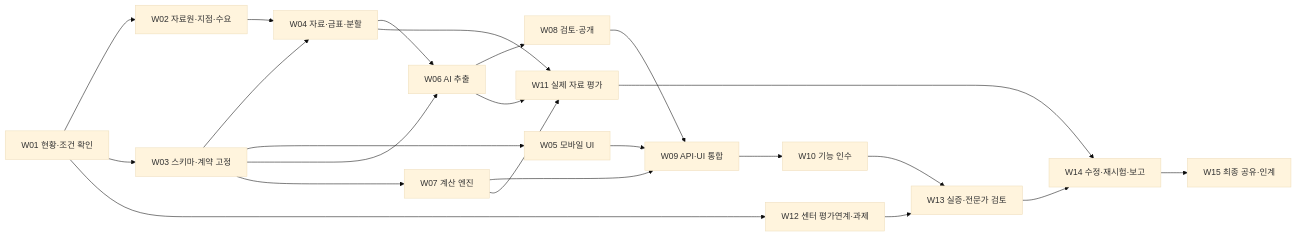
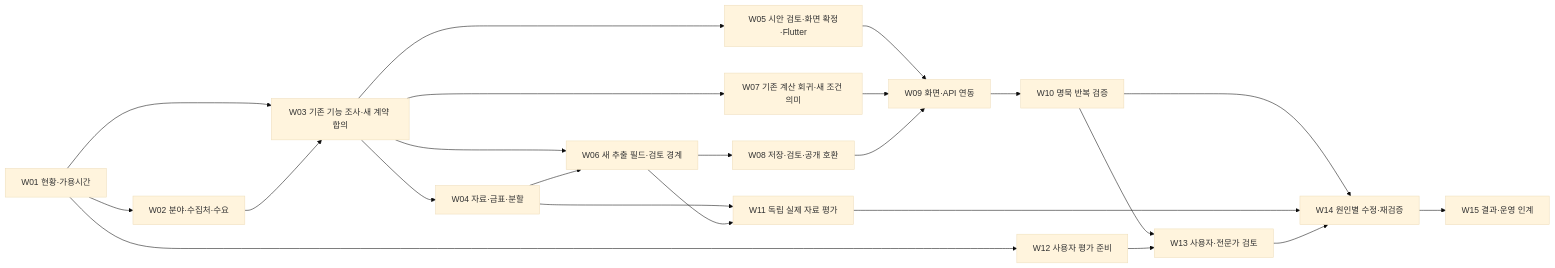
One commit to nam9ming/myai changed the diagram in docs/spec/06_개발실행계획.md. Above: the diagram before and after it, drawn with Mermaid (base theme). The commit also changed other lines of this file and 31 other files, not shown here.

````diff
--- a/docs/spec/06_개발실행계획.md
+++ b/docs/spec/06_개발실행계획.md
@@ -13,25 +11,25 @@
 ```mermaid
 flowchart LR
- W01[W01 현황·조건 확인] --> W02[W02 자료원·지점·수요]
- W01 --> W03[W03 스키마·계약 고정]
+ W01[W01 현황·가용시간] --> W02[W02 분야·수집처·수요]
+ W01 --> W03[W03 기존 기능 조사·새 계약 합의]
+ W02 --> W03
  W03 --> W04[W04 자료·금표·분할]
- W02 --> W04
- W03 --> W05[W05 모바일 UI]
- W03 --> W06[W06 AI 추출]
- W03 --> W07[W07 계산 엔진]
+ W03 --> W05[W05 시안 검토·화면 확정·Flutter]
+ W03 --> W06[W06 새 추출 필드·검토 경계]
+ W03 --> W07[W07 기존 계산 회귀·새 조건 의미]
  W04 --> W06
- W06 --> W08[W08 검토·공개]
- W07 --> W09[W09 API·UI 통합]
- W05 --> W09
+ W06 --> W08[W08 저장·검토·공개 호환]
+ W05 --> W09[W09 화면·API 연동]
+ W07 --> W09
  W08 --> W09
- W09 --> W10[W10 기능 인수]
- W06 --> W11[W11 실제 자료 평가]
- W07 --> W11
- W04 --> W11
- W01 --> W12[W12 센터 평가연계·과제]
- W10 --> W13[W13 실증·전문가 검토]
+ W09 --> W10[W10 명묵 반복 검증]
+ W04 --> W11[W11 독립 실제 자료 평가]
+ W06 --> W11
+ W01 --> W12[W12 사용자 평가 준비]
+ W10 --> W13[W13 사용자·전문가 검토]
  W12 --> W13
- W11 --> W14[W14 수정·재시험·보고]
+ W10 --> W14[W14 원인별 수정·재검증]
+ W11 --> W14
  W13 --> W14
- W14 --> W15[W15 최종 공유·인계]
+ W14 --> W15[W15 결과·운영 인계]
 ```
````
